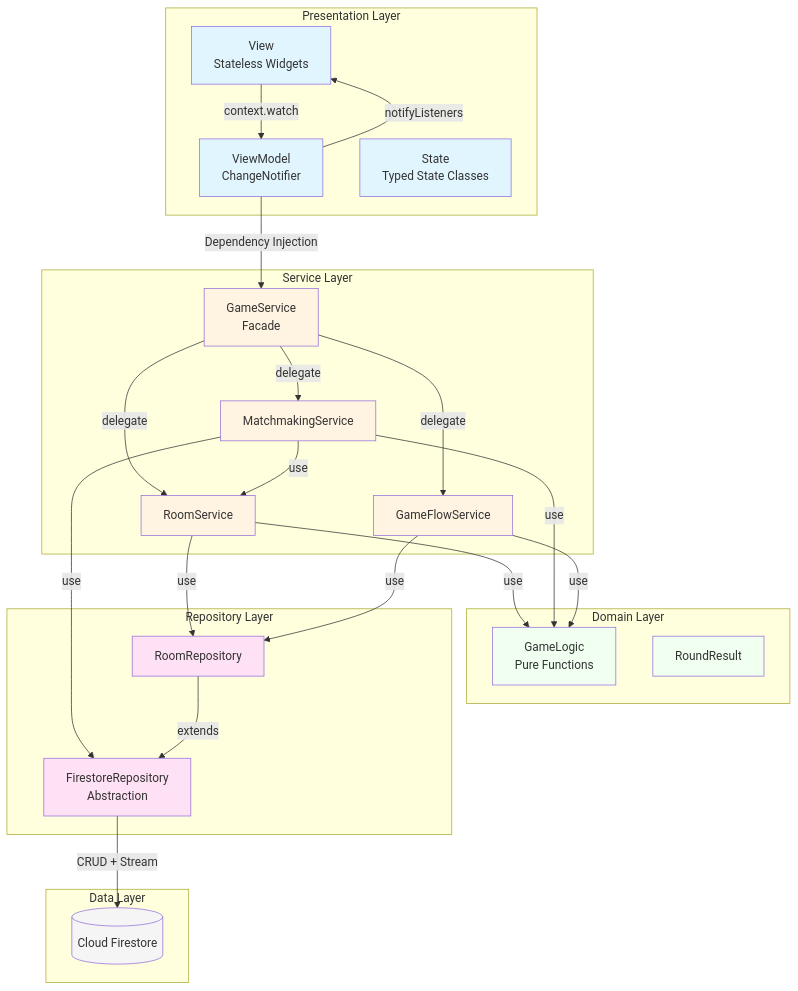
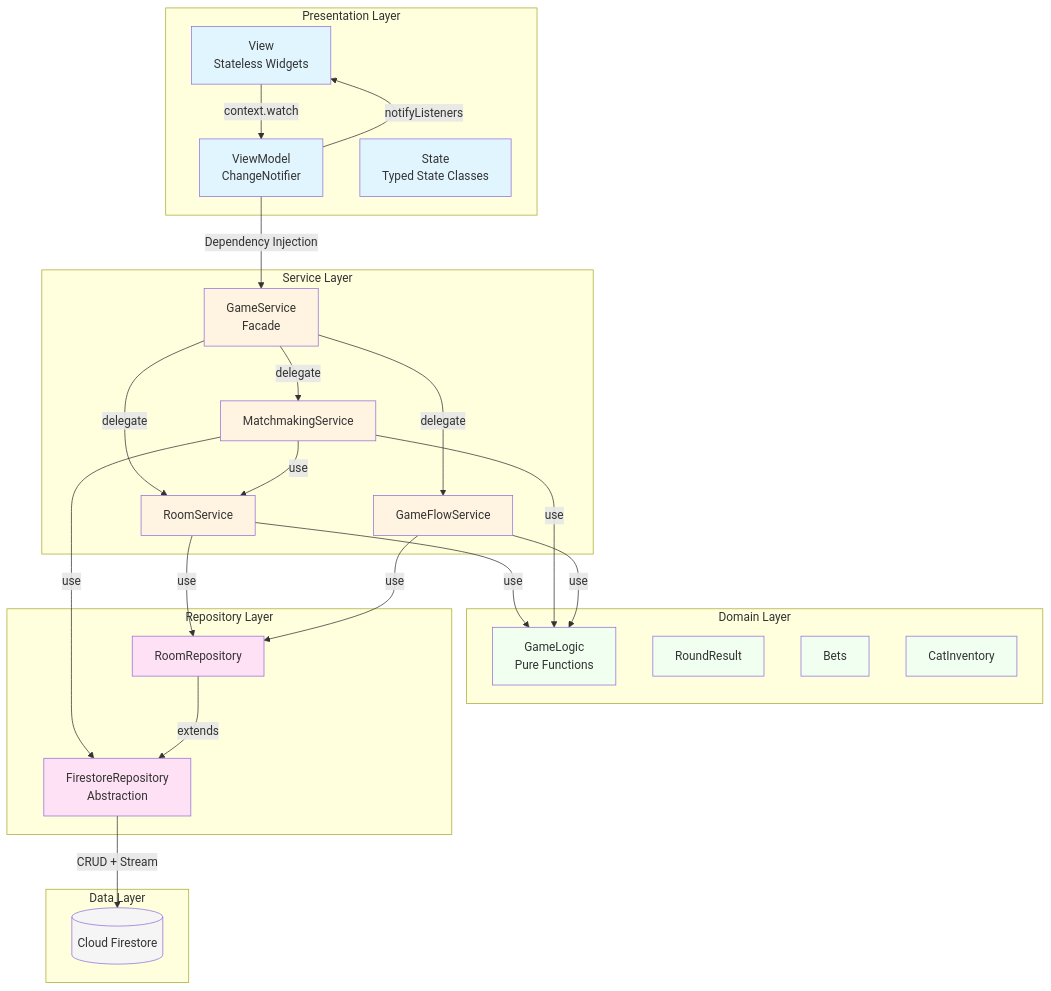
One commit to YotaMomose/battle_for_the_cats changed the first of 3 diagrams in docs/architecture/01_overview.md. Above: the diagram before and after it, drawn with Mermaid. The commit also changed other lines of this file and 4 other files, not shown here.

````diff
--- a/docs/architecture/01_overview.md
+++ b/docs/architecture/01_overview.md
@@ -7,61 +7,65 @@
 ```mermaid
 graph TB
     subgraph "Presentation Layer"
         View[View<br/>Stateless Widgets]
         ViewModel[ViewModel<br/>ChangeNotifier]
         State[State<br/>Typed State Classes]
     end
     
     subgraph "Service Layer"
         GameService[GameService<br/>Facade]
         RoomService[RoomService]
         MatchmakingService[MatchmakingService]
         GameFlowService[GameFlowService]
     end
     
     subgraph "Domain Layer"
         GameLogic[GameLogic<br/>Pure Functions]
         RoundResult[RoundResult]
+        Bets[Bets]
+        CatInventory[CatInventory]
     end
     
     subgraph "Repository Layer"
         RoomRepository[RoomRepository]
         FirestoreRepository[FirestoreRepository<br/>Abstraction]
     end
     
     subgraph "Data Layer"
         Firestore[(Cloud Firestore)]
     end
     
     View -->|context.watch| ViewModel
     ViewModel -->|notifyListeners| View
     ViewModel -->|Dependency Injection| GameService
     
     GameService -->|delegate| RoomService
     GameService -->|delegate| MatchmakingService
     GameService -->|delegate| GameFlowService
     
     RoomService -->|use| RoomRepository
     RoomService -->|use| GameLogic
     MatchmakingService -->|use| FirestoreRepository
     MatchmakingService -->|use| RoomService
     MatchmakingService -->|use| GameLogic
     GameFlowService -->|use| RoomRepository
     GameFlowService -->|use| GameLogic
     
     RoomRepository -->|extends| FirestoreRepository
     FirestoreRepository -->|CRUD + Stream| Firestore
     
     style View fill:#e1f5ff
     style ViewModel fill:#e1f5ff
     style State fill:#e1f5ff
     style GameService fill:#fff4e1
     style RoomService fill:#fff4e1
     style MatchmakingService fill:#fff4e1
     style GameFlowService fill:#fff4e1
     style GameLogic fill:#f0fff0
     style RoundResult fill:#f0fff0
+    style Bets fill:#f0fff0
+    style CatInventory fill:#f0fff0
     style RoomRepository fill:#ffe1f5
     style FirestoreRepository fill:#ffe1f5
     style Firestore fill:#f5f5f5
 ```
````
